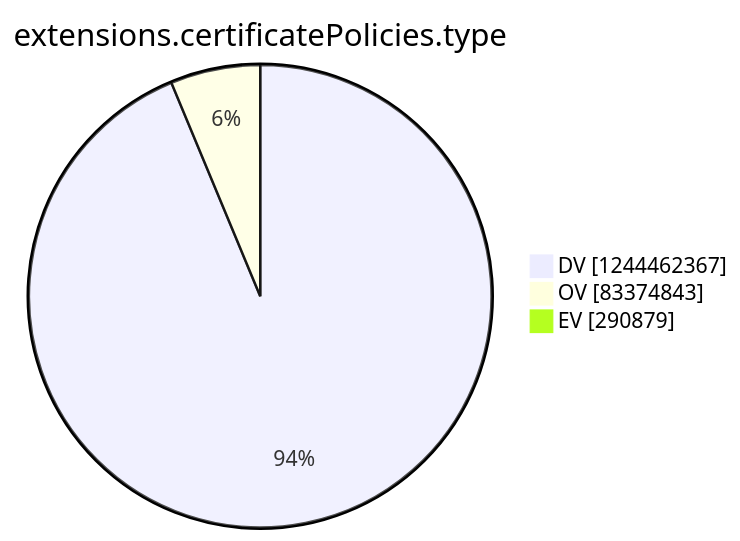
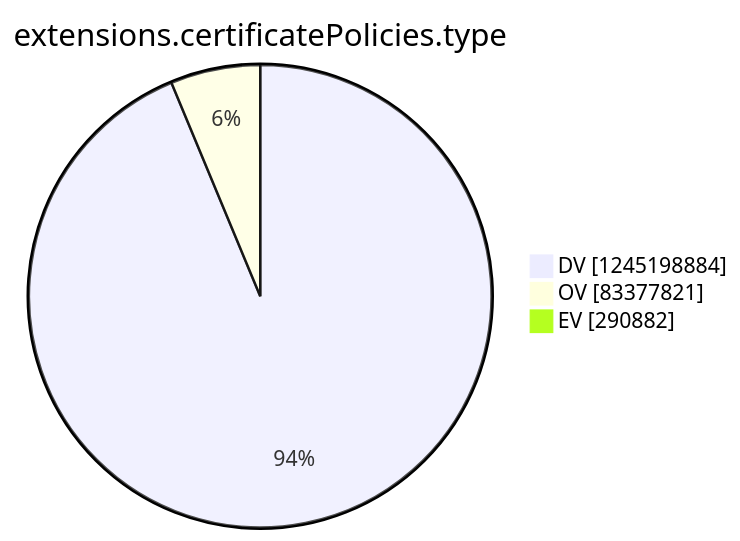
One commit to christiankrug/ctmonitor_visualization changed the tenth of 15 diagrams in argon2022/README.md. Above: the diagram before and after it, drawn with Mermaid. The commit also changed other lines of this file, not shown here.

````diff
--- a/argon2022/README.md
+++ b/argon2022/README.md
@@ -2771,7 +2771,7 @@
 ```mermaid
 pie showData
 title extensions.certificatePolicies.type
-"DV" :1244462367
-"OV" :83374843
-"EV" :290879
+"DV" :1245198884
+"OV" :83377821
+"EV" :290882
 ```
````
